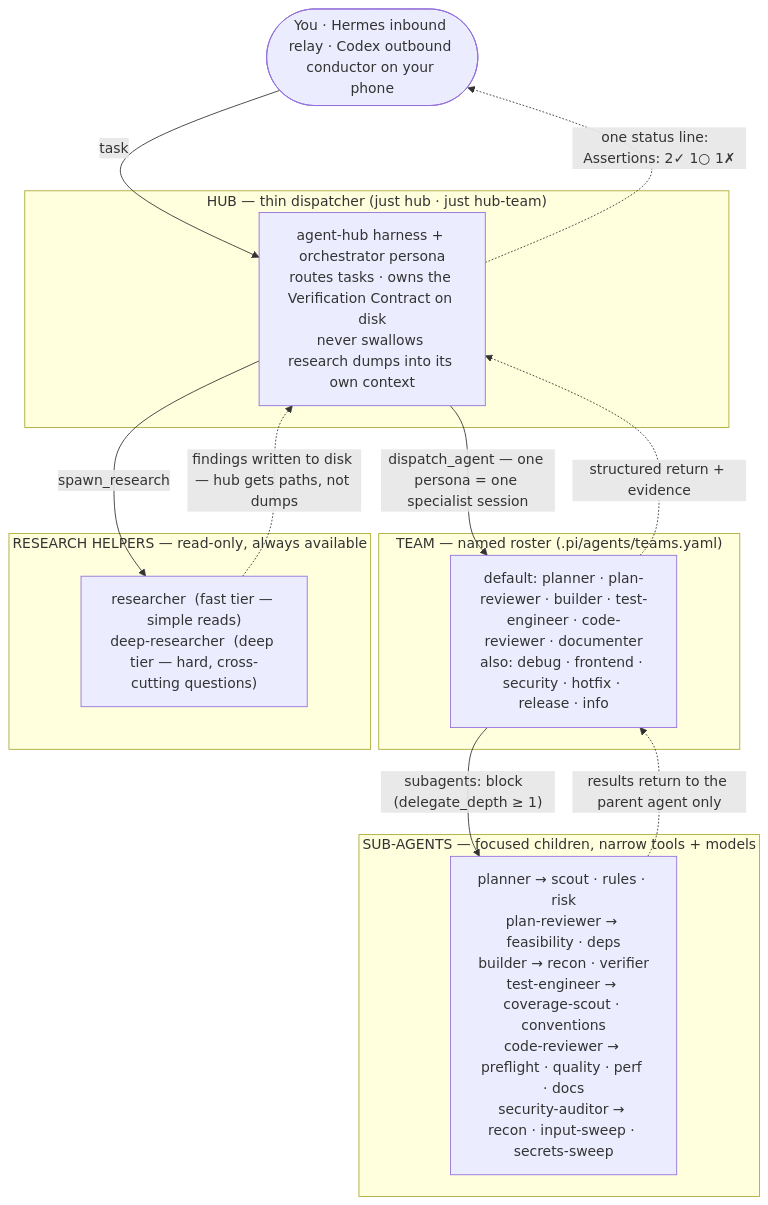
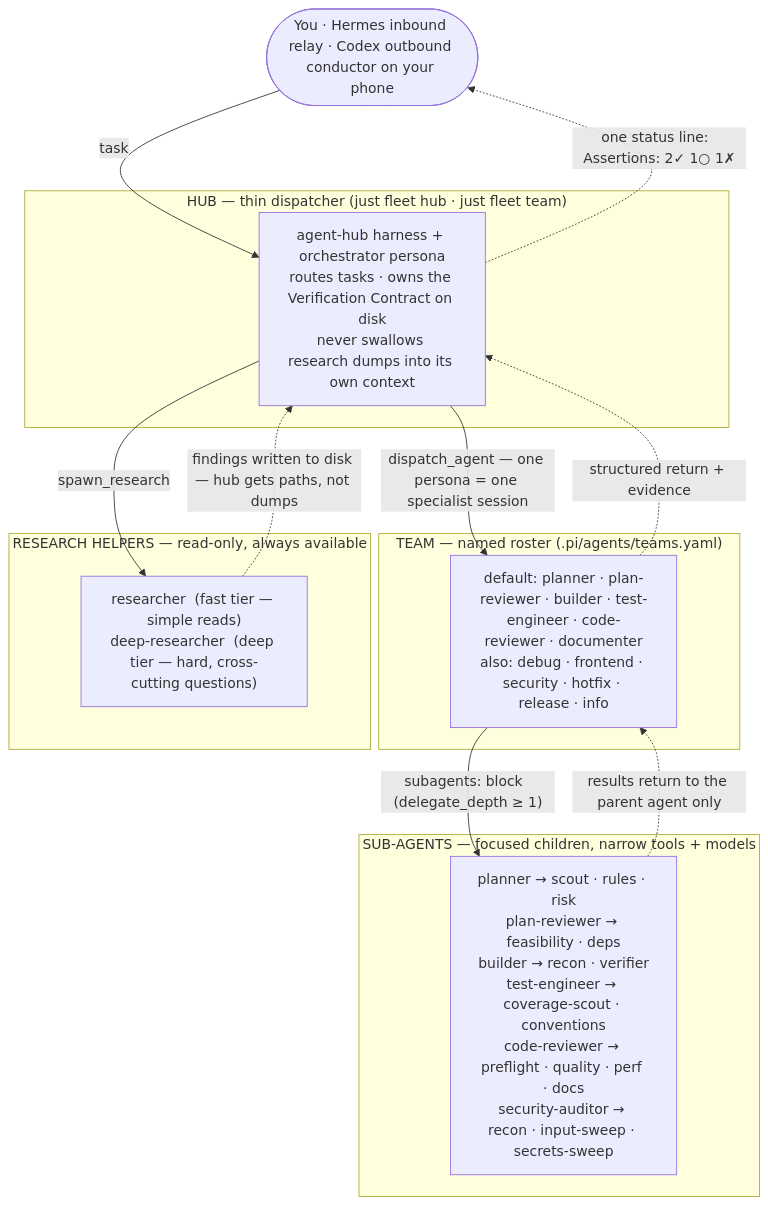
The first of 2 diagrams in docs/ARCHITECTURE.md (chankov/agent-fleet), drawn with Mermaid before and after one commit. The commit also changed other lines of this file and 42 other files, not shown here.

````diff
--- a/docs/ARCHITECTURE.md
+++ b/docs/ARCHITECTURE.md
@@ -25,29 +25,29 @@
 ```mermaid
 flowchart TD
     You(["You · Hermes inbound relay · Codex outbound conductor on your phone"])
 
-    subgraph HUBL["HUB — thin dispatcher  (just hub · just hub-team)"]
+    subgraph HUBL["HUB — thin dispatcher  (just fleet hub · just fleet team)"]
         Hub["agent-hub harness + orchestrator persona<br/>routes tasks · owns the Verification Contract on disk<br/>never swallows research dumps into its own context"]
     end
 
     subgraph TEAML["TEAM — named roster  (.pi/agents/teams.yaml)"]
         Team["default: planner · plan-reviewer · builder · test-engineer · code-reviewer · documenter<br/>also: debug · frontend · security · hotfix · release · info"]
     end
 
     subgraph RESL["RESEARCH HELPERS — read-only, always available"]
         Research["researcher  (fast tier — simple reads)<br/>deep-researcher  (deep tier — hard, cross-cutting questions)"]
     end
 
     subgraph SUBL["SUB-AGENTS — focused children, narrow tools + models"]
         Subs["planner → scout · rules · risk<br/>plan-reviewer → feasibility · deps<br/>builder → recon · verifier<br/>test-engineer → coverage-scout · conventions<br/>code-reviewer → preflight · quality · perf · docs<br/>security-auditor → recon · input-sweep · secrets-sweep"]
     end
 
     You -->|task| Hub
     Hub -->|"dispatch_agent — one persona = one specialist session"| Team
     Hub -->|"spawn_research"| Research
     Research -.->|"findings written to disk — hub gets paths, not dumps"| Hub
     Team -->|"subagents: block  (delegate_depth ≥ 1)"| Subs
     Subs -.->|"results return to the parent agent only"| Team
     Team -.->|"structured return + evidence"| Hub
     Hub -.->|"one status line:  Assertions: 2✓ 1○ 1✗"| You
 ```
````
